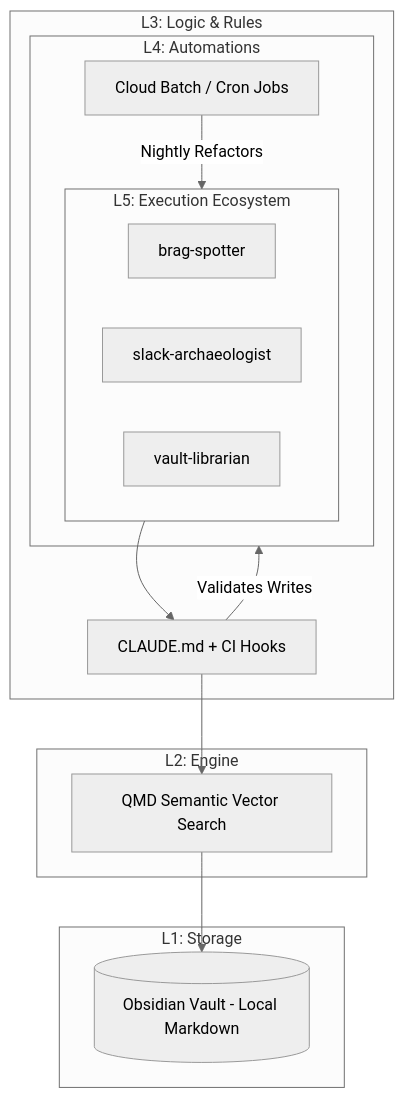
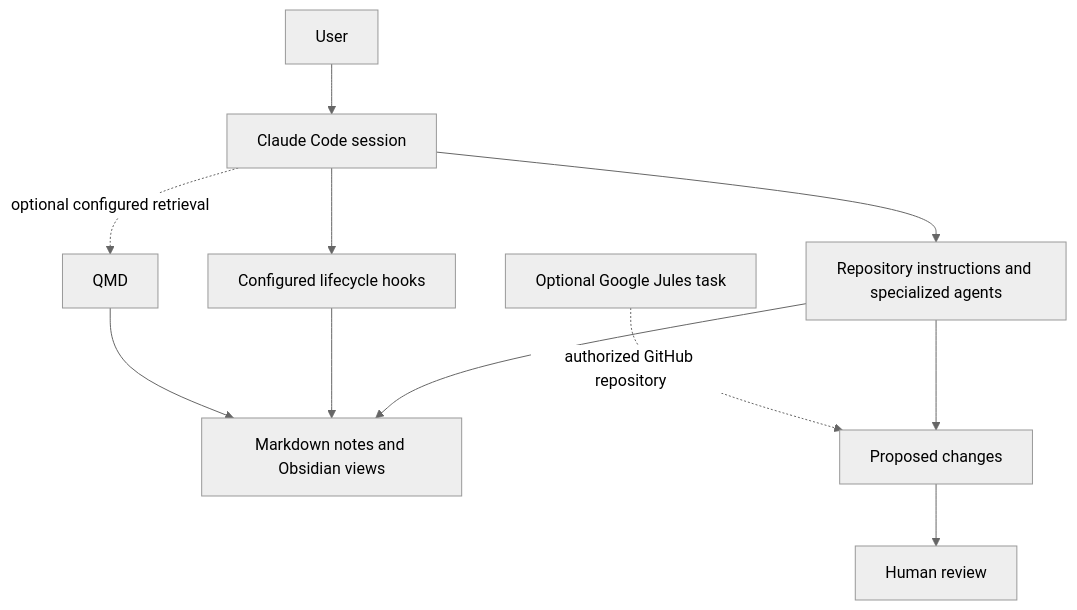
Before and after one commit to sjfakharian/obsidian-jules: the diagram in README.md, drawn with Mermaid (neutral theme). The commit also changed other lines of this file and 7 other files, not shown here.

````diff
--- a/README.md
+++ b/README.md
@@ -58,30 +40,13 @@
 ```mermaid
-graph TD
-    subgraph L5 [L5: Execution Ecosystem]
-        B[brag-spotter]
-        S[slack-archaeologist]
-        V[vault-librarian]
-    end
-
-    subgraph L4 [L4: Automations]
-        C[Cloud Batch / Cron Jobs]
-        C -->|Nightly Refactors| L5
-    end
-
-    subgraph L3 [L3: Logic & Rules]
-        H[CLAUDE.md + CI Hooks]
-        H -->|Validates Writes| L4
-    end
-
-    subgraph L2 [L2: Engine]
-        Q[QMD Semantic Vector Search]
-    end
-
-    subgraph L1 [L1: Storage]
-        O[(Obsidian Vault - Local Markdown)]
-    end
-
-    L5 --> H
-    H --> Q
-    Q --> O
+flowchart TD
+    U[User] --> C[Claude Code session]
+    C --> A[Repository instructions and specialized agents]
+    C --> H[Configured lifecycle hooks]
+    A --> V[Markdown notes and Obsidian views]
+    H --> V
+    C -. optional configured retrieval .-> Q[QMD]
+    Q --> V
+    A --> P[Proposed changes]
+    P --> R[Human review]
+    J[Optional Google Jules task] -. authorized GitHub repository .-> P
 ```
````
